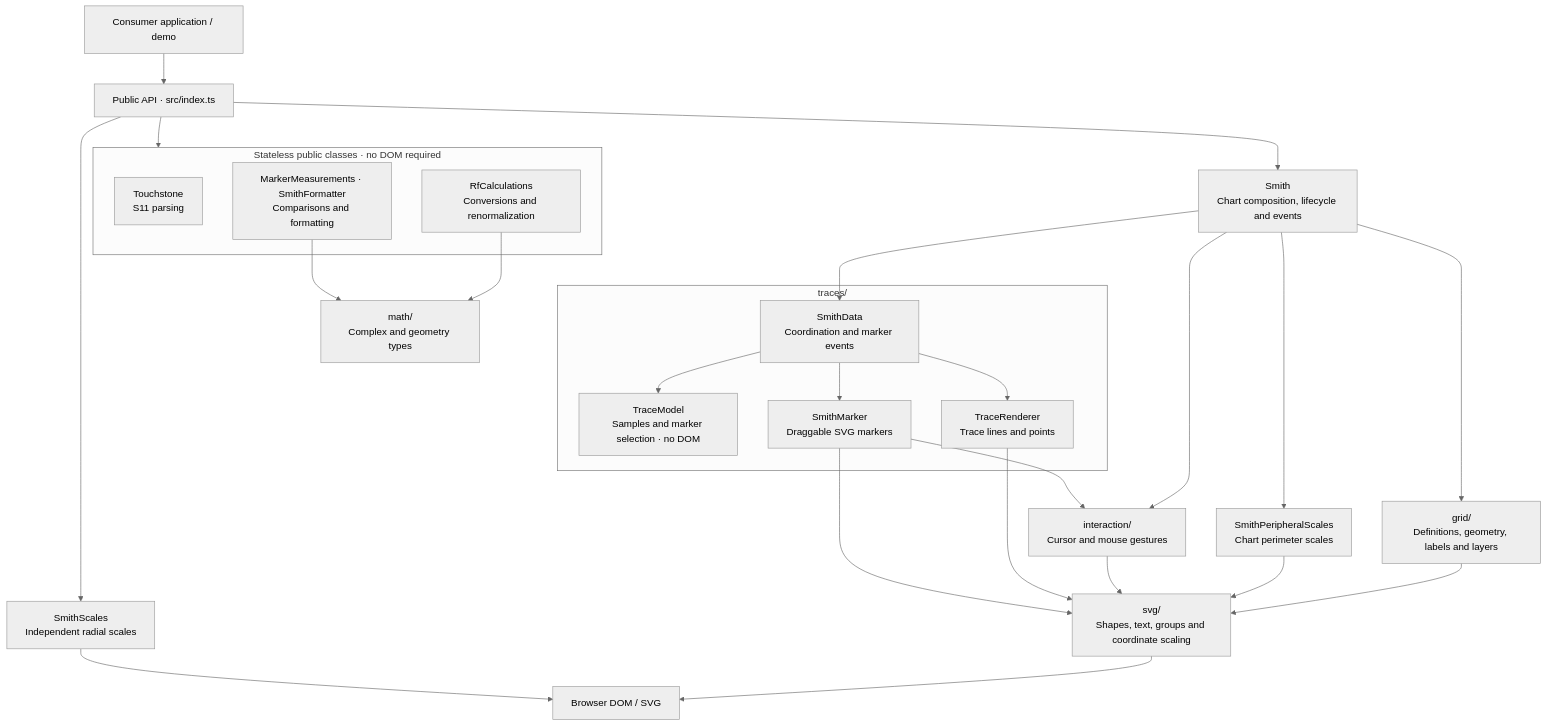
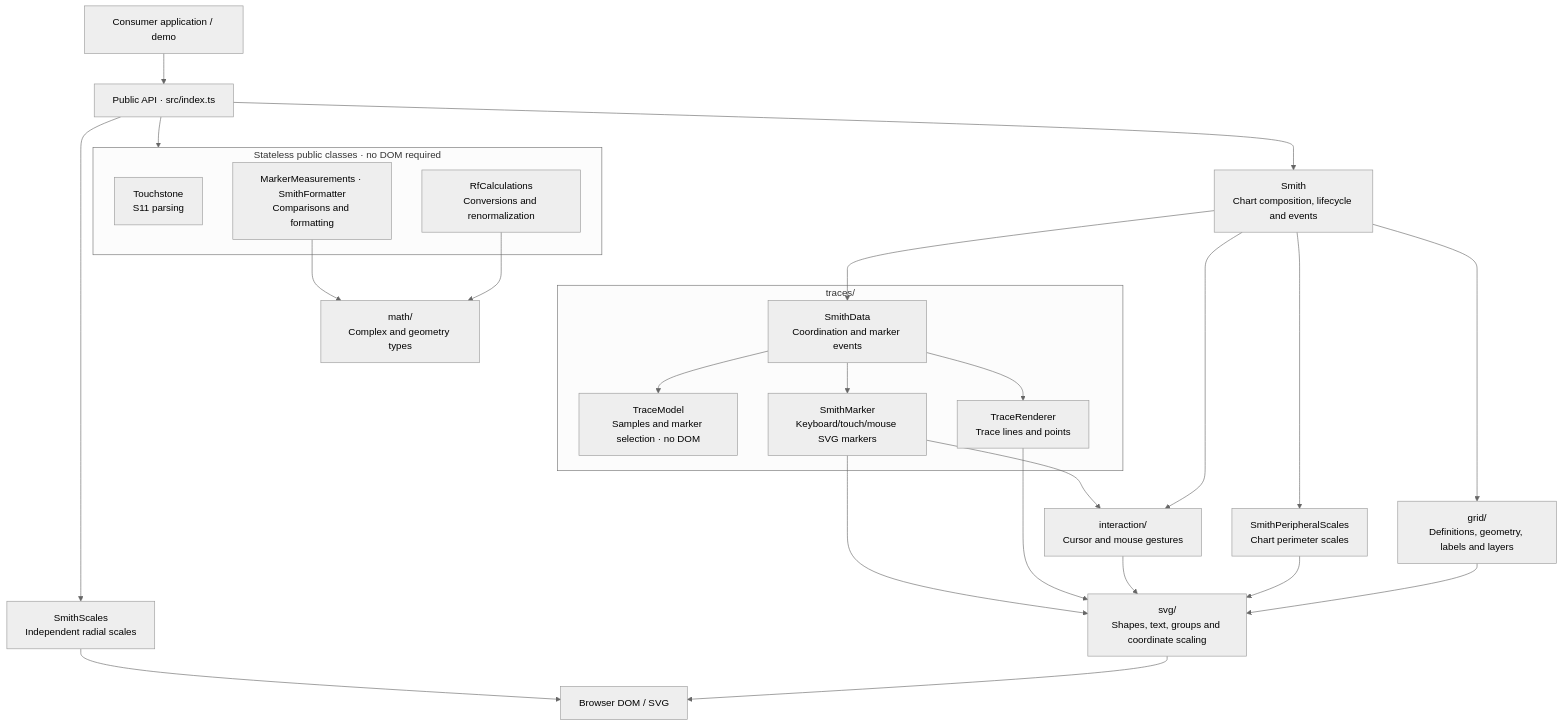
Before and after one commit to rosek86/smith-chart: the diagram in docs/architecture.md, drawn with Mermaid (neutral theme). The commit also changed 12 other files, not shown here.

Commit message:
feat: add accessible keyboard and touch marker controls

````diff
--- a/docs/architecture.md
+++ b/docs/architecture.md
@@ -7,43 +7,43 @@
 ```mermaid
 flowchart TB
     App["Consumer application / demo"] --> API["Public API · src/index.ts"]
 
     API --> Smith["Smith<br/>Chart composition, lifecycle and events"]
     API --> Scales["SmithScales<br/>Independent radial scales"]
     API --> Utilities
 
     subgraph Utilities["Stateless public classes · no DOM required"]
         Touchstone["Touchstone<br/>S11 parsing"]
         RF["RfCalculations<br/>Conversions and renormalization"]
         Helpers["MarkerMeasurements · SmithFormatter<br/>Comparisons and formatting"]
     end
 
     RF --> Math["math/<br/>Complex and geometry types"]
     Helpers --> Math
 
     Smith --> Grid["grid/<br/>Definitions, geometry, labels and layers"]
     Smith --> Peripheral["SmithPeripheralScales<br/>Chart perimeter scales"]
     Smith --> Interaction["interaction/<br/>Cursor and mouse gestures"]
     Smith --> Data
 
     subgraph Traces["traces/"]
         Data["SmithData<br/>Coordination and marker events"]
         Model["TraceModel<br/>Samples and marker selection · no DOM"]
         Renderer["TraceRenderer<br/>Trace lines and points"]
-        Marker["SmithMarker<br/>Draggable SVG markers"]
+        Marker["SmithMarker<br/>Keyboard/touch/mouse SVG markers"]
 
         Data --> Model
         Data --> Renderer
         Data --> Marker
     end
 
     Grid --> SVG["svg/<br/>Shapes, text, groups and coordinate scaling"]
     Peripheral --> SVG
     Interaction --> SVG
     Renderer --> SVG
     Marker --> SVG
     Marker --> Interaction
 
     SVG --> DOM["Browser DOM / SVG"]
     Scales --> DOM
 ```
````
